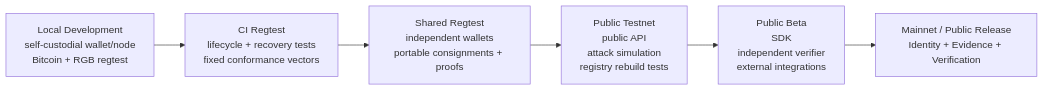
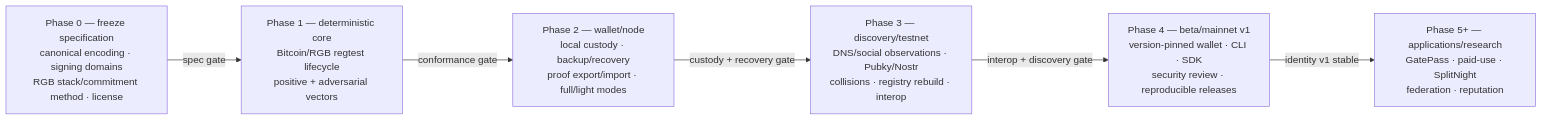
The first of 2 diagrams in docs/diagrams/06-deployment-pipeline.md (EdwinKestler/o2a-protocol), drawn with Mermaid before and after one commit. The commit also changed other lines of this file and 11 other files, not shown here.

Commit message:
Update protocol diagrams and framework

````diff
--- a/docs/diagrams/06-deployment-pipeline.md
+++ b/docs/diagrams/06-deployment-pipeline.md
@@ -5,11 +5,15 @@
 ```mermaid
 flowchart LR
-    DEV["Local Development<br/>self-custodial wallet/node<br/>Bitcoin + RGB regtest"]
-    CI["CI Regtest<br/>lifecycle + recovery tests<br/>fixed conformance vectors"]
-    SHR["Shared Regtest<br/>independent wallets<br/>portable consignments + proofs"]
-    TEST["Public Testnet<br/>public API<br/>attack simulation<br/>registry rebuild tests"]
-    BETA["Public Beta<br/>SDK<br/>independent verifier<br/>external integrations"]
-    MAIN["Mainnet / Public Release<br/>Identity + Evidence + Verification"]
+    P0["Phase 0 — freeze specification<br/>canonical encoding · signing domains<br/>RGB stack/commitment method · license"]
+    P1["Phase 1 — deterministic core<br/>Bitcoin/RGB regtest lifecycle<br/>positive + adversarial vectors"]
+    P2["Phase 2 — wallet/node<br/>local custody · backup/recovery<br/>proof export/import · full/light modes"]
+    P3["Phase 3 — discovery/testnet<br/>DNS/social observations · Pubky/Nostr<br/>collisions · registry rebuild · interop"]
+    P4["Phase 4 — beta/mainnet v1<br/>version-pinned wallet · CLI · SDK<br/>security review · reproducible releases"]
+    P5["Phase 5+ — applications/research<br/>GatePass · paid-use · SplitNight<br/>federation · reputation"]
 
-    DEV --> CI --> SHR --> TEST --> BETA --> MAIN
+    P0 -->|"spec gate"| P1
+    P1 -->|"conformance gate"| P2
+    P2 -->|"custody + recovery gate"| P3
+    P3 -->|"interop + discovery gate"| P4
+    P4 -->|"identity v1 stable"| P5
 ```
````
